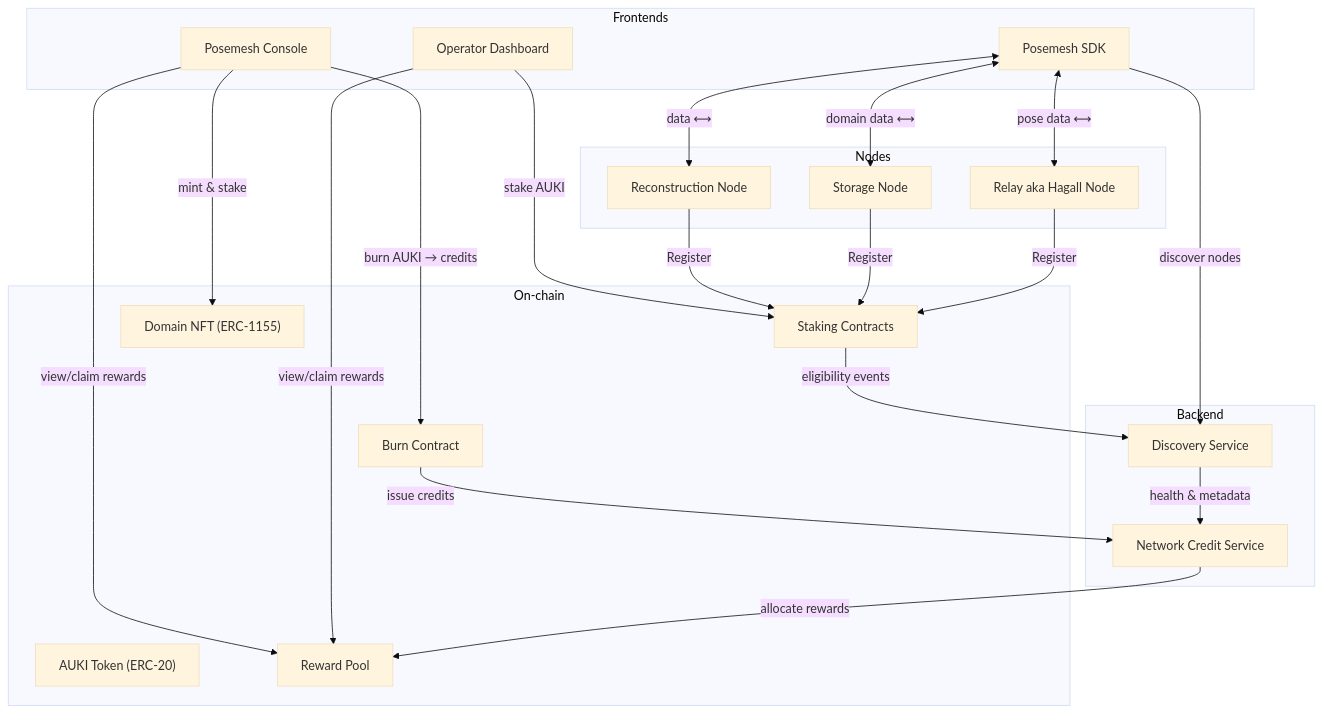
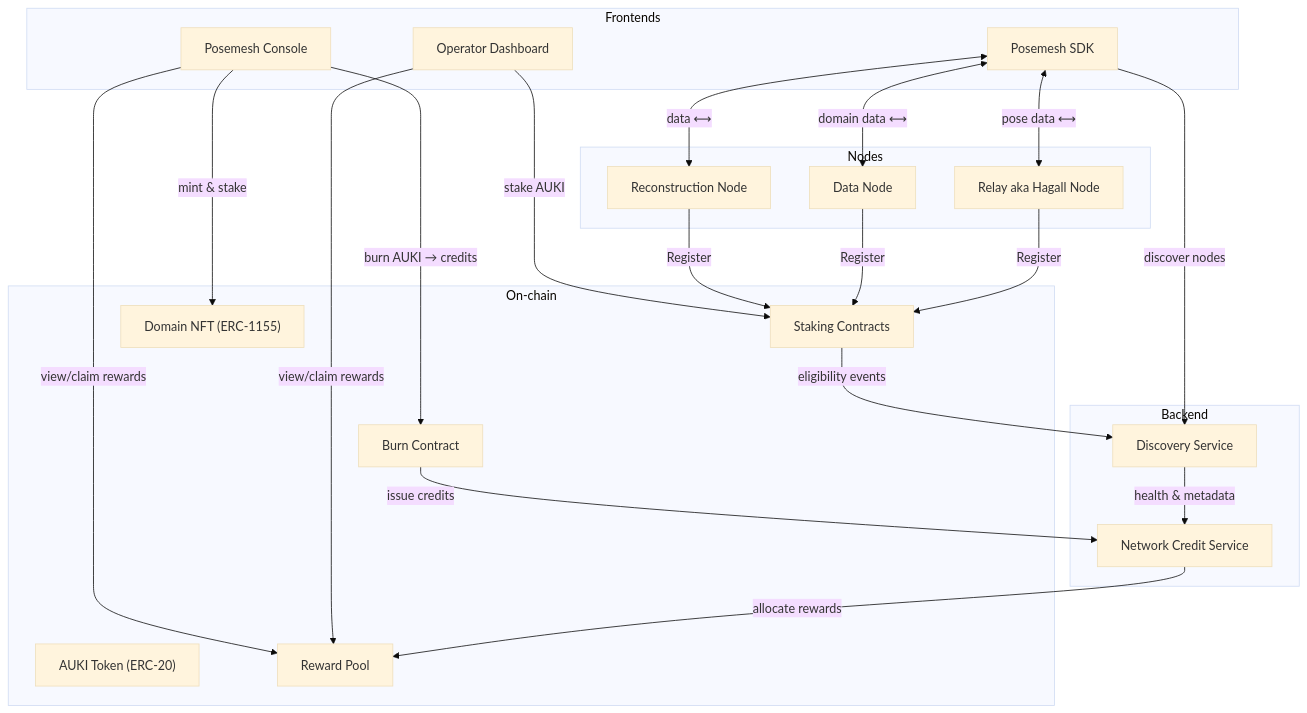
One commit to aukilabs/posemesh changed the first of 2 diagrams in docs/02-current-architecture.md. Above: the diagram before and after it, drawn with Mermaid (base theme). The commit also changed other lines of this file, not shown here.

Commit message:
docs: rename Storage Node to Data Node chore: replace ` ` by ` `

````diff
--- a/docs/02-current-architecture.md
+++ b/docs/02-current-architecture.md
@@ -38,59 +38,59 @@
 ```mermaid
 flowchart TD
   %% Frontends
   subgraph Frontends
     PC["Posemesh Console"]
     OD["Operator Dashboard"]
     SDK["Posemesh SDK"]
   end
 
   %% On-chain
   subgraph On-chain
     AT["AUKI Token (ERC-20)"]
     BC["Burn Contract"]
     SC["Staking Contracts"]
     RP["Reward Pool"]
     DN["Domain NFT (ERC-1155)"]
   end
 
   %% Backend
   subgraph Backend
     NCS["Network Credit Service"]
     DS["Discovery Service"]
   end
 
   %% Nodes
   subgraph Nodes
     H["Relay aka Hagall Node"]
-    S["Storage Node"]
+    S["Data Node"]
     R["Reconstruction Node"]
 
   end
 
   %% Frontends → On-chain
   PC -->|burn AUKI → credits| BC
   PC -->|mint & stake| DN
   PC -->|view/claim rewards| RP
   OD -->|stake AUKI| SC
   OD -->|view/claim rewards| RP
 
   %% SDK ↔ Discovery & Nodes
   SDK -->|discover nodes| DS
   SDK <-->|pose data ⟷| H
   SDK <-->|data ⟷| R
   SDK <-->|domain data ⟷| S
 
   %% Nodes → On-chain Staking
   R -->|Register| SC
   S -->|Register| SC
   H -->|Register| SC
 
   %% Credit issuance & reward flow
   BC -->|issue credits| NCS
   NCS -->|allocate rewards| RP
 
   %% Eligibility events & health
   SC -->|eligibility events| DS
   DS -->|health & metadata| NCS
 
 ```
````
